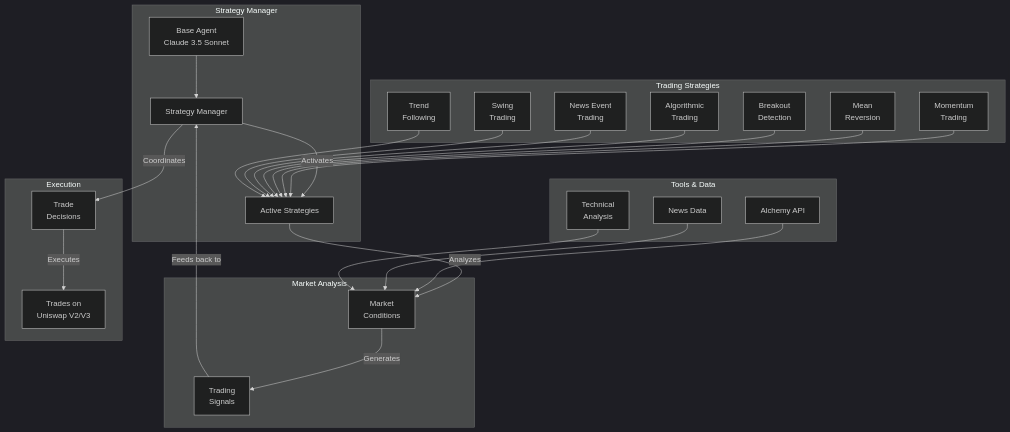
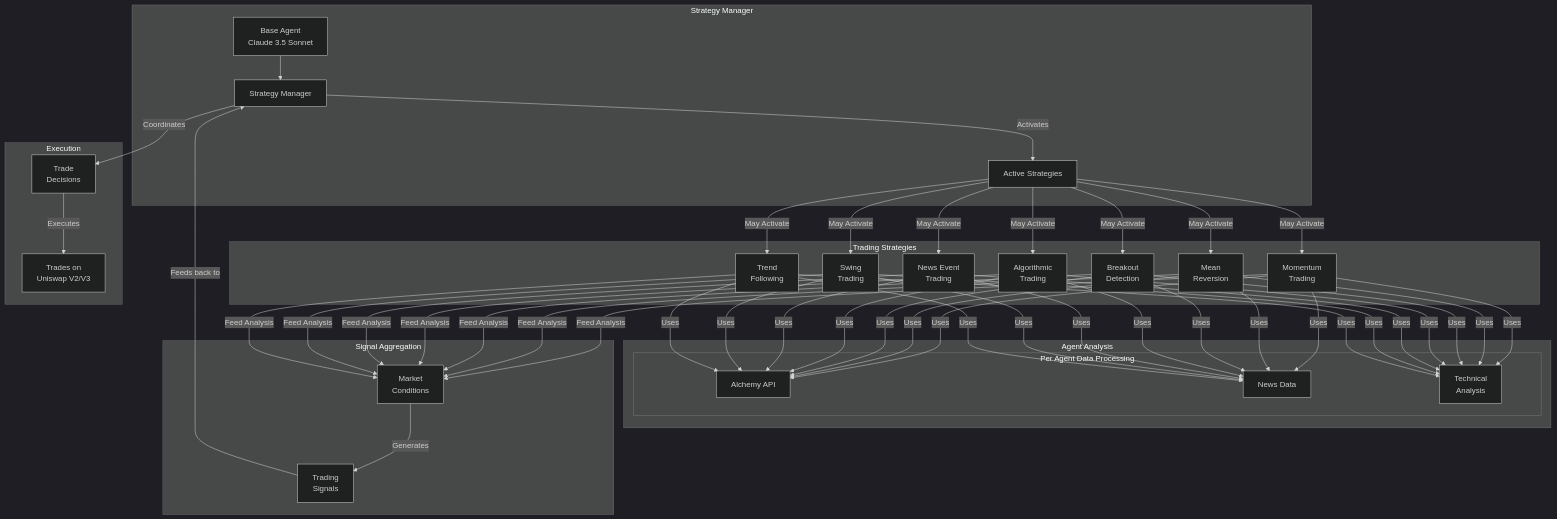
One commit to PizzaHi5/flock_it changed the diagram in README.md. Above: the diagram before and after it, drawn with Mermaid (dark theme). The commit also changed other lines of this file, not shown here.

Commit message:
updated flowchart

````diff
--- a/README.md
+++ b/README.md
@@ -25,34 +25,44 @@
 ```mermaid
 flowchart TB
     subgraph Strategy Manager
         BA[Base Agent<br>Claude 3.5 Sonnet] --> SM[Strategy Manager]
         SM --> |Activates| AS[Active Strategies]
     end
     
     subgraph Trading Strategies
-        MO[Momentum<br>Trading] --> AS
-        MR[Mean<br>Reversion] --> AS
-        BR[Breakout<br>Detection] --> AS
-        AL[Algorithmic<br>Trading] --> AS
-        NE[News Event<br>Trading] --> AS
-        SW[Swing<br>Trading] --> AS
-        TR[Trend<br>Following] --> AS
+        AS --> |May Activate| MO[Momentum<br>Trading] 
+        AS --> |May Activate| MR[Mean<br>Reversion]
+        AS --> |May Activate| BR[Breakout<br>Detection]
+        AS --> |May Activate| AL[Algorithmic<br>Trading]
+        AS --> |May Activate| NE[News Event<br>Trading]
+        AS --> |May Activate| SW[Swing<br>Trading]
+        AS --> |May Activate| TR[Trend<br>Following]
+    end
+
+    subgraph Agent Analysis
+        subgraph "Per Agent Data Processing"
+            API[Alchemy API]
+            NWS[News Data]
+            TA[Technical<br>Analysis]
+        end
+
+        MO --> |Uses| API & NWS & TA
+        MR --> |Uses| API & NWS & TA
+        BR --> |Uses| API & NWS & TA
+        AL --> |Uses| API & NWS & TA
+        NE --> |Uses| API & NWS & TA
+        SW --> |Uses| API & NWS & TA
+        TR --> |Uses| API & NWS & TA
     end
     
-    subgraph Market Analysis
-        AS --> |Analyzes| MC[Market<br>Conditions]
+    subgraph Signal Aggregation
+        MO & MR & BR & AL & NE & SW & TR --> |Feed Analysis| MC[Market<br>Conditions]
         MC --> |Generates| TS[Trading<br>Signals]
         TS --> |Feeds back to| SM
     end
     
     subgraph Execution
         SM --> |Coordinates| TD[Trade<br>Decisions]
         TD --> |Executes| TR1[Trades on<br>Uniswap V2/V3]
     end
-    
-    subgraph Tools & Data
-        API[Alchemy API] --> MC
-        NWS[News Data] --> MC
-        TA[Technical<br>Analysis] --> MC
-    end
-```  
+```
````
